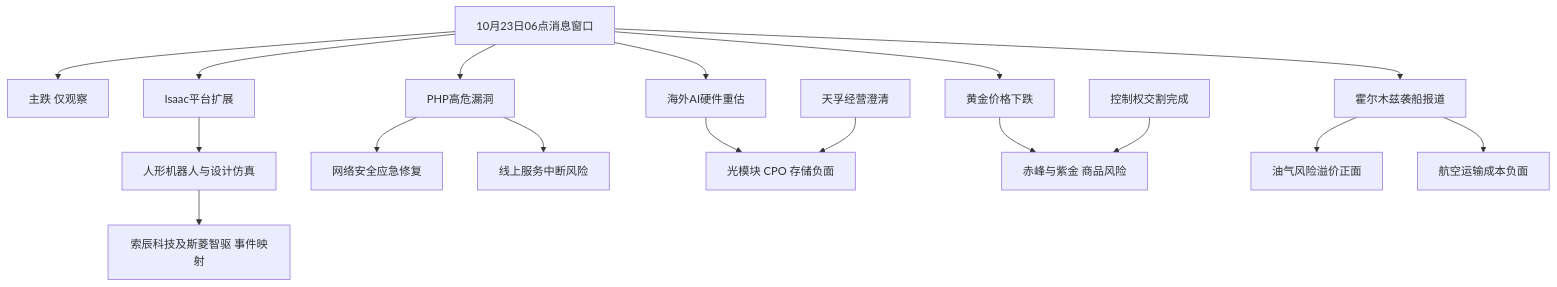
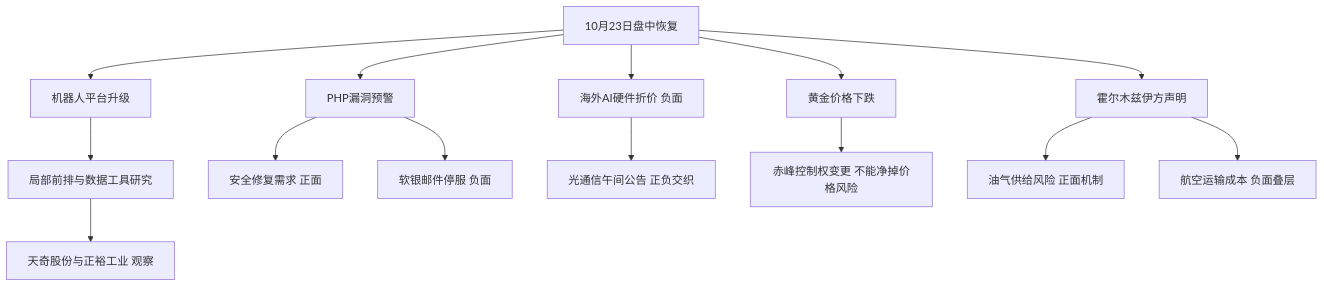
One commit to chenyang1999/chzl-kg changed the diagram in content/投研交易/消息面/20261023.md. Above: the diagram before and after it, drawn with Mermaid. The commit also changed other lines of this file and 493 other files, not shown here.

````diff
--- a/content/投研交易/消息面/20261023.md
+++ b/content/投研交易/消息面/20261023.md
@@ -66,19 +53,16 @@
 ```mermaid
 flowchart TD
-  A[10月23日06点消息窗口] --> B[主跌 仅观察]
-  A --> C[Isaac平台扩展]
-  C --> D[人形机器人与设计仿真]
-  D --> E[索辰科技及斯菱智驱 事件映射]
-  A --> F[PHP高危漏洞]
-  F --> G[网络安全应急修复]
-  F --> H[线上服务中断风险]
-  A --> I[海外AI硬件重估]
-  I --> J[光模块 CPO 存储负面]
-  K[天孚经营澄清] --> J
-  A --> L[黄金价格下跌]
-  L --> M[赤峰与紫金 商品风险]
-  N[控制权交割完成] --> M
-  A --> O[霍尔木兹袭船报道]
-  O --> P[油气风险溢价正面]
-  O --> Q[航空运输成本负面]
+ A[10月23日盘中恢复] --> B[机器人平台升级]
+ B --> C[局部前排与数据工具研究]
+ C --> D[天奇股份与正裕工业 观察]
+ A --> E[PHP漏洞预警]
+ E --> F[安全修复需求 正面]
+ E --> G[软银邮件停服 负面]
+ A --> H[海外AI硬件折价 负面]
+ H --> I[光通信午间公告 正负交织]
+ A --> J[黄金价格下跌]
+ J --> K[赤峰控制权变更 不能净掉价格风险]
+ A --> L[霍尔木兹伊方声明]
+ L --> M[油气供给风险 正面机制]
+ L --> N[航空运输成本 负面叠层]
 ```
````
